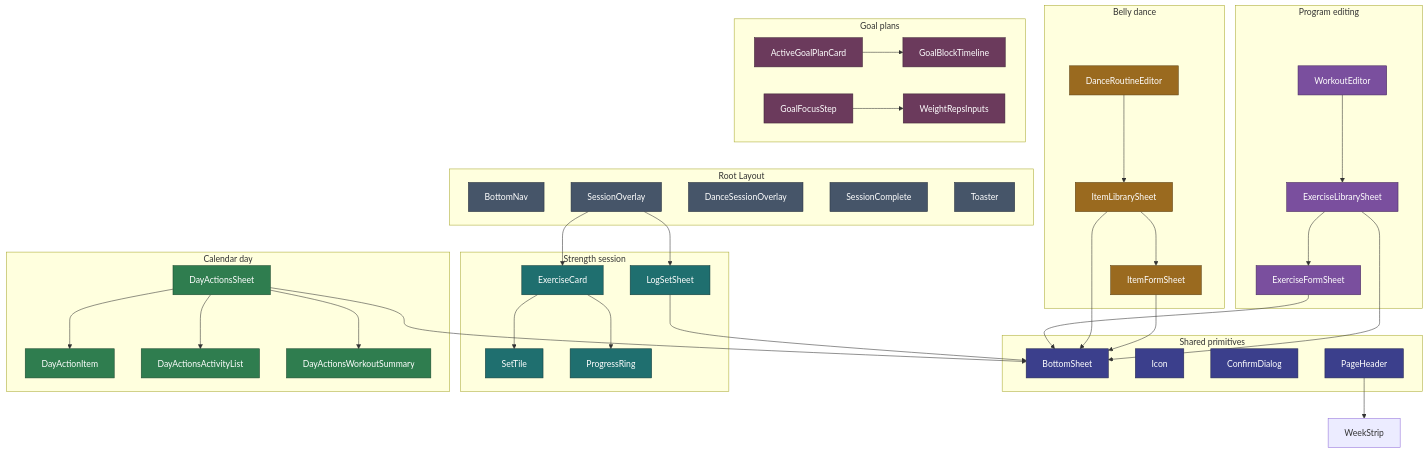
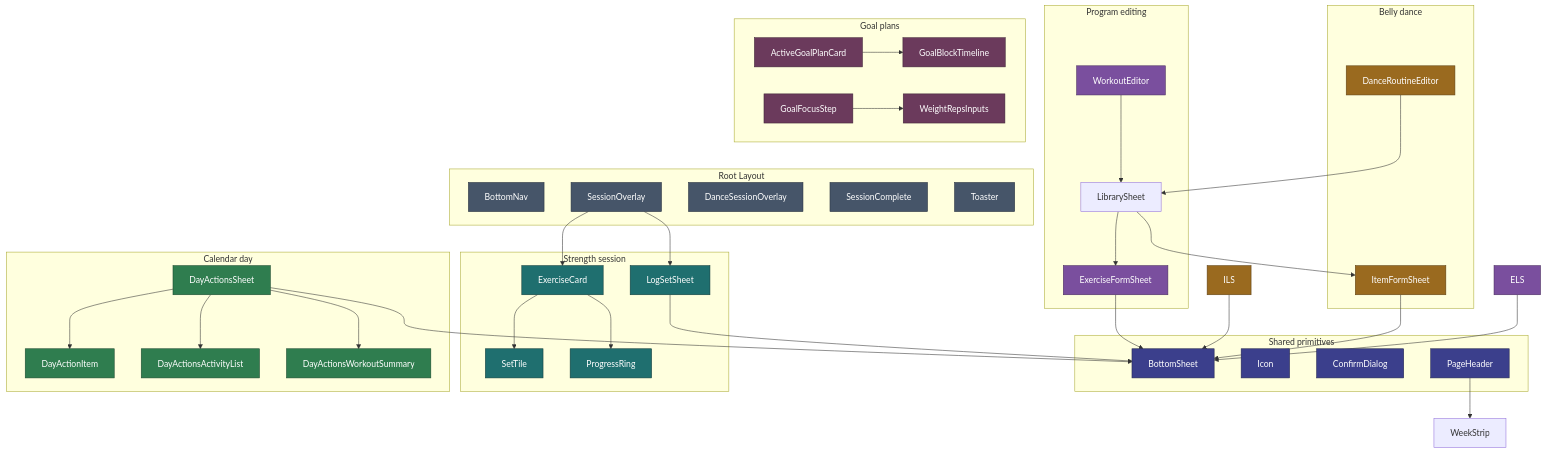
One commit to jermbo/CosmicWorkOut changed the diagram in docs/implementation/components.md. Above: the diagram before and after it, drawn with Mermaid. The commit also changed other lines of this file and 33 other files, not shown here.

````diff
--- a/docs/implementation/components.md
+++ b/docs/implementation/components.md
@@ -183,75 +200,74 @@
 ```mermaid
 flowchart TB
     subgraph layout ["Root Layout"]
         BN[BottomNav]
         SO[SessionOverlay]
         DSO[DanceSessionOverlay]
         SC[SessionComplete]
         TO[Toaster]
     end
 
     subgraph shared ["Shared primitives"]
         BS[BottomSheet]
         IC[Icon]
         CD[ConfirmDialog]
         PH[PageHeader]
     end
 
     subgraph strength ["Strength session"]
         EC[ExerciseCard]
         ST[SetTile]
         LS[LogSetSheet]
         PR[ProgressRing]
     end
 
     subgraph editor ["Program editing"]
         WE[WorkoutEditor]
-        ELS[ExerciseLibrarySheet]
+        LIB[LibrarySheet]
         EFS[ExerciseFormSheet]
     end
 
     subgraph dance ["Belly dance"]
         DRE[DanceRoutineEditor]
-        ILS[ItemLibrarySheet]
         IFS[ItemFormSheet]
     end
 
     subgraph goals ["Goal plans"]
         AGPC[ActiveGoalPlanCard]
         GBT[GoalBlockTimeline]
         GFS[GoalFocusStep]
         WRI[WeightRepsInputs]
     end
 
     subgraph dayactions ["Calendar day"]
         DAS[DayActionsSheet]
         DAI[DayActionItem]
         DAAL[DayActionsActivityList]
         DAWS[DayActionsWorkoutSummary]
     end
 
     SO --> EC --> PR & ST
     SO --> LS
-    WE --> ELS --> EFS
-    DRE --> ILS --> IFS
+    WE --> LIB --> EFS
+    DRE --> LIB --> IFS
     AGPC --> GBT
     GFS --> WRI
     DAS --> DAI & DAAL & DAWS
     PH --> WeekStrip
     LS & EFS & ILS & IFS & ELS & DAS --> BS
 
     classDef layout fill:#465569,stroke:#28313e,color:#ffffff;
     classDef shared fill:#3b3f8c,stroke:#23264f,color:#ffffff;
     classDef strength fill:#1f6f6f,stroke:#0f3a3a,color:#ffffff;
     classDef editor fill:#7a4f9e,stroke:#46295c,color:#ffffff;
     classDef dance fill:#9a6a1f,stroke:#5c3f12,color:#ffffff;
     classDef goals fill:#6b3a5c,stroke:#3d2235,color:#ffffff;
     classDef day fill:#2f7d4f,stroke:#1a472d,color:#ffffff;
     class BN,SO,DSO,SC,TO layout;
     class BS,IC,CD,PH shared;
     class EC,ST,LS,PR strength;
     class WE,ELS,EFS editor;
     class DRE,ILS,IFS dance;
     class AGPC,GBT,GFS,WRI goals;
     class DAS,DAI,DAAL,DAWS day;
 ```
````
